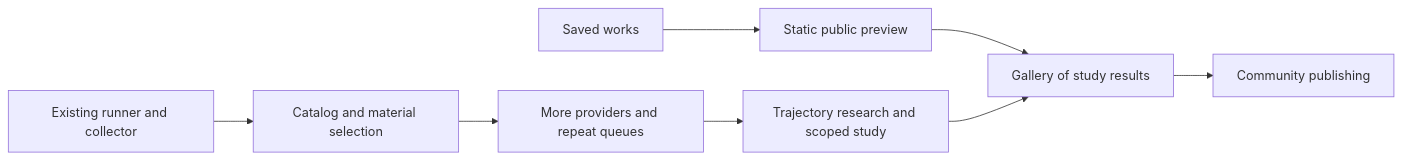
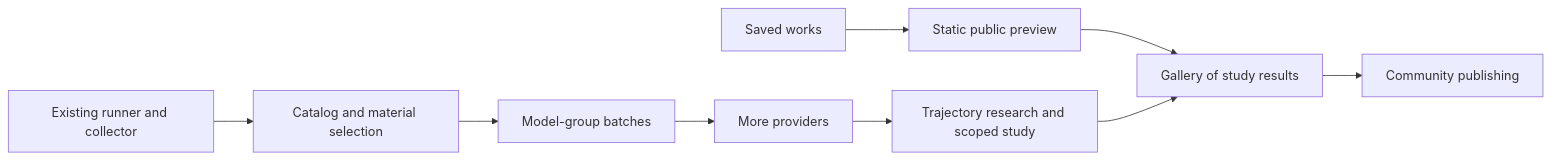
One commit to jonathancwalker/offcut changed the diagram in ROADMAP.md. Above: the diagram before and after it, drawn with Mermaid. The commit also changed other lines of this file and 23 other files, not shown here.

Commit message:
Add model-group batches with independent or matching materials

````diff
--- a/ROADMAP.md
+++ b/ROADMAP.md
@@ -33,10 +33,11 @@
 ```mermaid
 flowchart LR
     D[Saved works] --> P[Static public preview]
     R[Existing runner and collector] --> M[Catalog and material selection]
-    M --> O[More providers and repeat queues]
+    M --> B[Model-group batches]
+    B --> O[More providers]
     O --> S[Trajectory research and scoped study]
     P --> G[Gallery of study results]
     S --> G
     G --> C[Community publishing]
 ```
````
